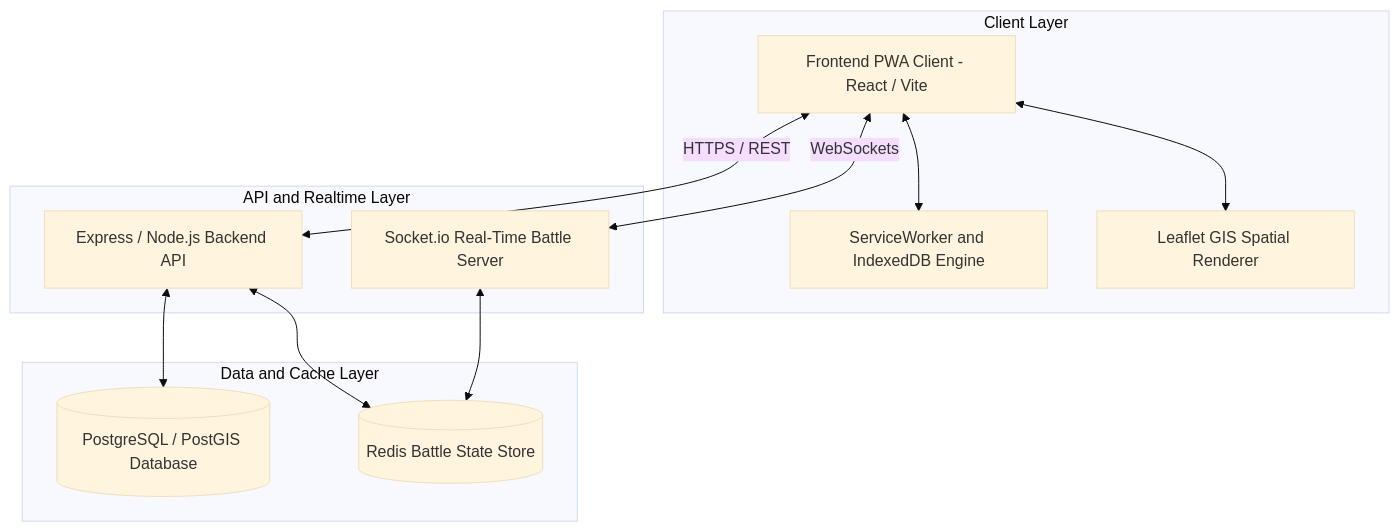
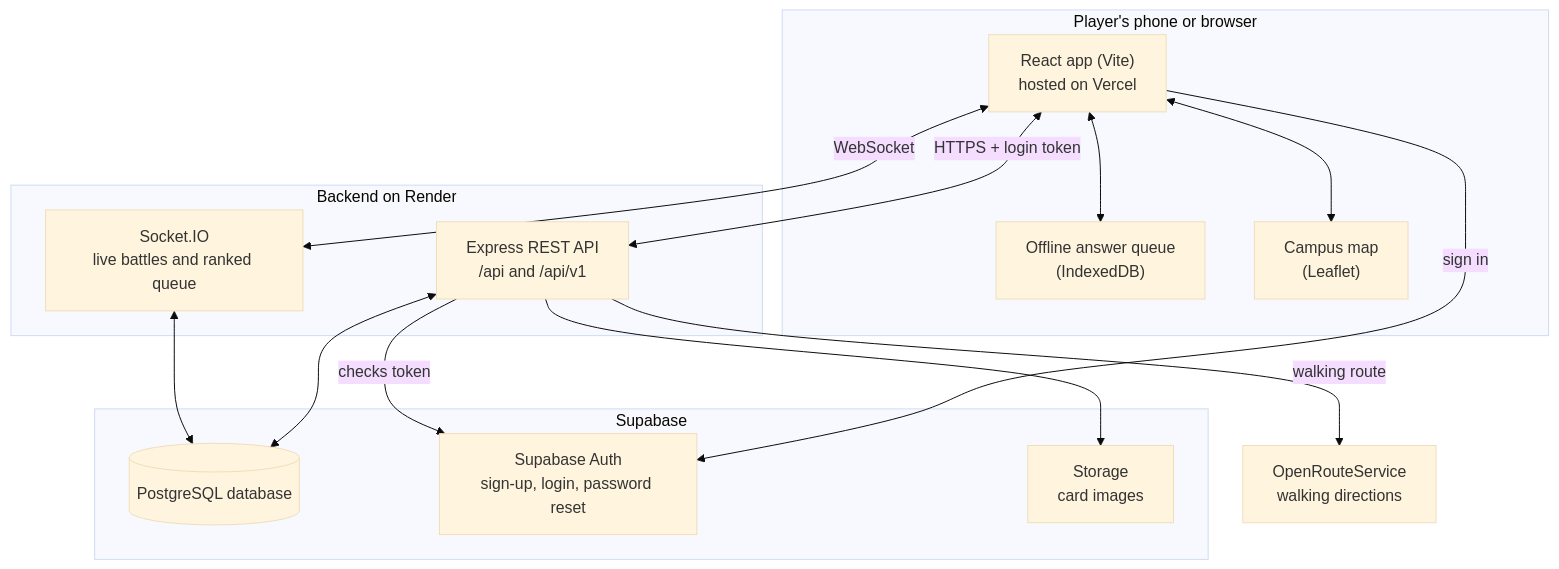
Before and after one commit to NkadimengKgothatso/-wits-quest: the diagram in docs/uml/01_system_architecture.md, drawn with Mermaid (base theme). The commit also changed other lines of this file and 22 other files, not shown here.

````diff
--- a/docs/uml/01_system_architecture.md
+++ b/docs/uml/01_system_architecture.md
@@ -3,26 +5,32 @@
 ```mermaid
 graph TD
-    subgraph Client ["Client Layer"]
-        PWA["Frontend PWA Client - React / Vite"]
-        SW["ServiceWorker and IndexedDB Engine"]
-        Map["Leaflet GIS Spatial Renderer"]
+    subgraph Phone ["Player's phone or browser"]
+        App["React app (Vite)<br/>hosted on Vercel"]
+        Queue["Offline answer queue<br/>(IndexedDB)"]
+        Map["Campus map<br/>(Leaflet)"]
     end
 
-    subgraph API_Layer ["API and Realtime Layer"]
-        API["Express / Node.js Backend API"]
-        WS["Socket.io Real-Time Battle Server"]
+    subgraph Server ["Backend on Render"]
+        API["Express REST API<br/>/api and /api/v1"]
+        WS["Socket.IO<br/>live battles and ranked queue"]
     end
 
-    subgraph Data_Layer ["Data and Cache Layer"]
-        DB[("PostgreSQL / PostGIS Database")]
-        Cache[("Redis Battle State Store")]
+    subgraph Supabase ["Supabase"]
+        DB[("PostgreSQL database")]
+        Auth["Supabase Auth<br/>sign-up, login, password reset"]
+        Store["Storage<br/>card images"]
     end
 
-    PWA <--> SW
-    PWA <--> Map
-    PWA <-->|HTTPS / REST| API
-    PWA <-->|WebSockets| WS
+    ORS["OpenRouteService<br/>walking directions"]
+
+    App <--> Queue
+    App <--> Map
+    App -->|sign in| Auth
+    App <-->|HTTPS + login token| API
+    App <-->|WebSocket| WS
+    API -->|checks token| Auth
     API <--> DB
-    API <--> Cache
-    WS <--> Cache
+    WS <--> DB
+    API --> Store
+    API -->|walking route| ORS
 ```
````
